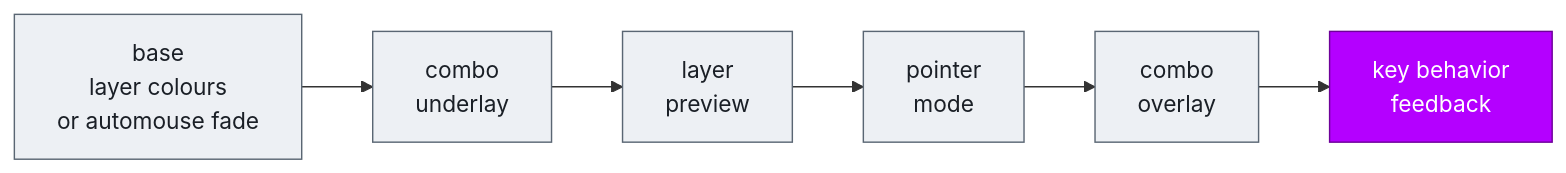
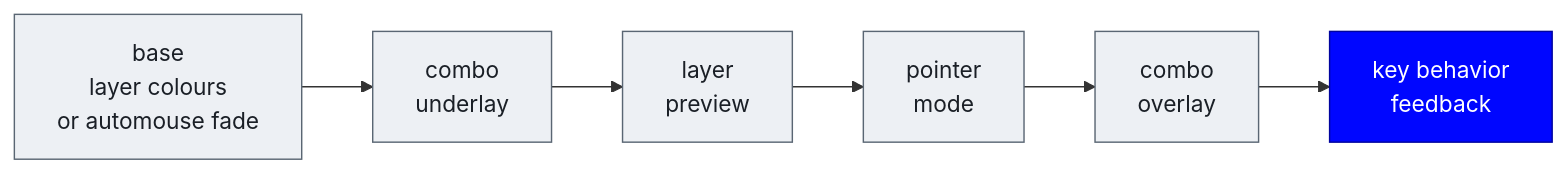
One commit to NoahCLR/charybdis-4x6 changed the first of 5 diagrams in docs/RGB_IMPLEMENTATION.md. Above: the diagram before and after it, drawn with Mermaid. The commit also changed other lines of this file and 9 other files, not shown here.

````diff
--- a/docs/RGB_IMPLEMENTATION.md
+++ b/docs/RGB_IMPLEMENTATION.md
@@ -15,15 +15,15 @@
 ```mermaid
 flowchart LR
     B["base<br>layer colours<br>or automouse fade"] --> CU["combo<br>underlay"]
     CU --> PV["layer<br>preview"]
     PV --> PD["pointer<br>mode"]
     PD --> CO["combo<br>overlay"]
     CO --> KF["key behavior<br>feedback"]
 
     style B fill:#EDF0F4,stroke:#5A6673,color:#1A1F26
     style CU fill:#EDF0F4,stroke:#5A6673,color:#1A1F26
     style PV fill:#EDF0F4,stroke:#5A6673,color:#1A1F26
     style PD fill:#EDF0F4,stroke:#5A6673,color:#1A1F26
     style CO fill:#EDF0F4,stroke:#5A6673,color:#1A1F26
-    style KF fill:#B400FF,stroke:#6E0099,color:#FFFFFF
+    style KF fill:#0006FF,stroke:#00049E,color:#FFFFFF
 ```
````
